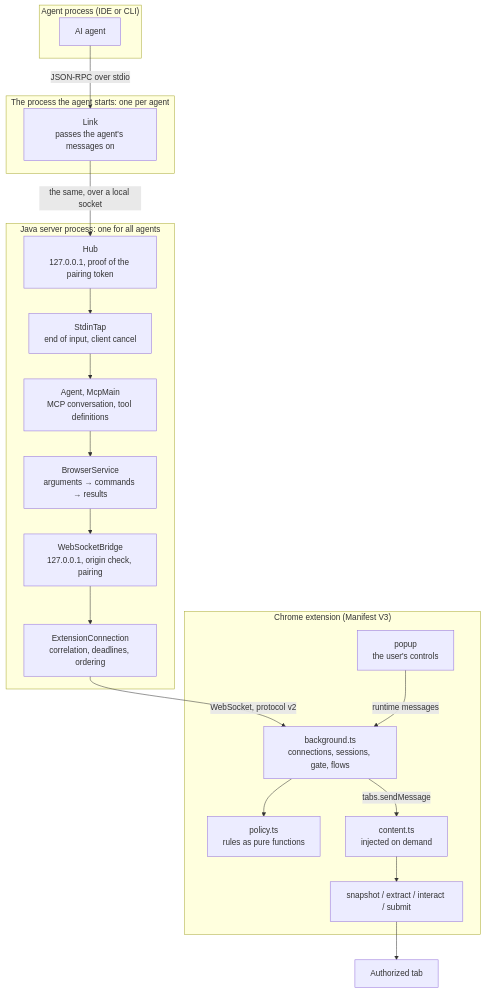
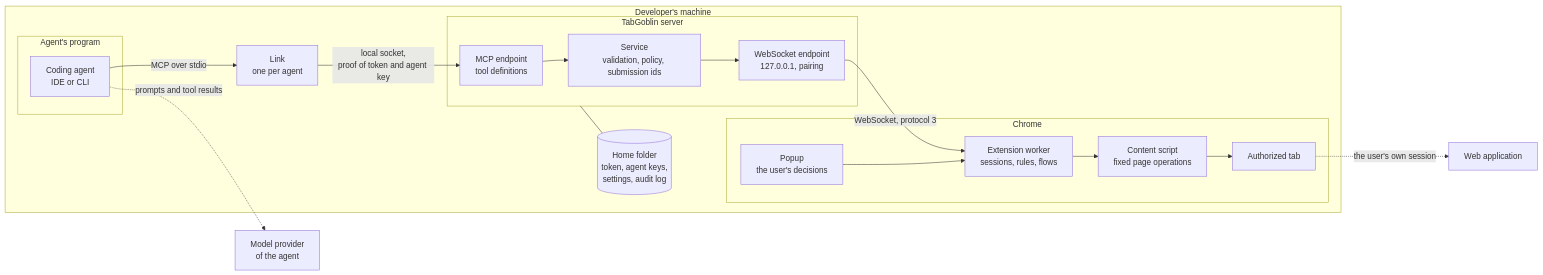
One commit to LaughingManCommits/TabGoblin changed the first of 7 diagrams in docs/architecture.md. Above: the diagram before and after it, drawn with Mermaid. The commit also changed other lines of this file and 24 other files, not shown here.

````diff
--- a/docs/architecture.md
+++ b/docs/architecture.md
@@ -9,31 +15,31 @@
 ```mermaid
-flowchart TB
-  subgraph agentp["Agent process (IDE or CLI)"]
-    AG["AI agent"]
+flowchart LR
+  subgraph local["Developer's machine"]
+    subgraph agentp["Agent's program"]
+      AGENT["Coding agent<br/>IDE or CLI"]
+    end
+    LINK["Link<br/>one per agent"]
+    subgraph serverp["TabGoblin server"]
+      MCP["MCP endpoint<br/>tool definitions"]
+      SVC["Service<br/>validation, policy, submission ids"]
+      WS["WebSocket endpoint<br/>127.0.0.1, pairing"]
+    end
+    subgraph chrome["Chrome"]
+      BG["Extension worker<br/>sessions, rules, flows"]
+      POPUP["Popup<br/>the user's decisions"]
+      CS["Content script<br/>fixed page operations"]
+      TAB["Authorized tab"]
+    end
+    FILES[("Home folder<br/>token, agent keys,<br/>settings, audit log")]
   end
-  subgraph linkp["The process the agent starts: one per agent"]
-    LINK["Link<br/>passes the agent's messages on"]
-  end
-  subgraph serverp["Java server process: one for all agents"]
-    HUB["Hub<br/>127.0.0.1, proof of the pairing token"]
-    TAP["StdinTap<br/>end of input, client cancel"]
-    MCP["Agent, McpMain<br/>MCP conversation, tool definitions"]
-    SVC["BrowserService<br/>arguments → commands → results"]
-    BR["WebSocketBridge<br/>127.0.0.1, origin check, pairing"]
-    CONN["ExtensionConnection<br/>correlation, deadlines, ordering"]
-  end
-  subgraph ext["Chrome extension (Manifest V3)"]
-    BG["background.ts<br/>connections, sessions, gate, flows"]
-    POL["policy.ts<br/>rules as pure functions"]
-    POP["popup<br/>the user's controls"]
-    CS["content.ts<br/>injected on demand"]
-    DOM["snapshot / extract / interact / submit"]
-  end
-  PAGE["Authorized tab"]
+  MODEL["Model provider<br/>of the agent"]
+  SITE["Web application"]
 
-  AG -- "JSON-RPC over stdio" --> LINK -- "the same, over a local socket" --> HUB --> TAP --> MCP --> SVC --> BR --> CONN
-  CONN -- "WebSocket, protocol v2" --> BG
-  BG --> POL
-  POP -- "runtime messages" --> BG
-  BG -- "tabs.sendMessage" --> CS --> DOM --> PAGE
+  AGENT -- "MCP over stdio" --> LINK -- "local socket,<br/>proof of token and agent key" --> MCP --> SVC --> WS
+  WS -- "WebSocket, protocol 3" --> BG
+  POPUP --> BG
+  BG --> CS --> TAB
+  serverp --- FILES
+  AGENT -. "prompts and tool results" .-> MODEL
+  TAB -. "the user's own session" .-> SITE
 ```
````
